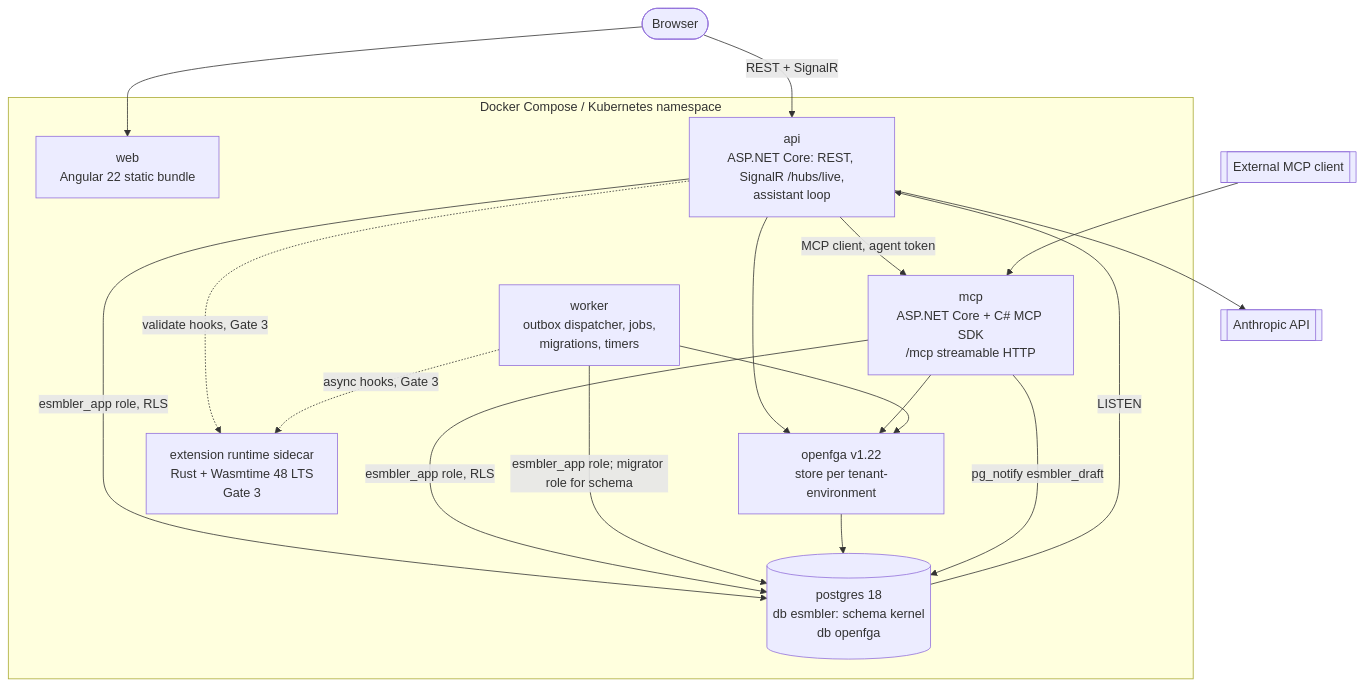
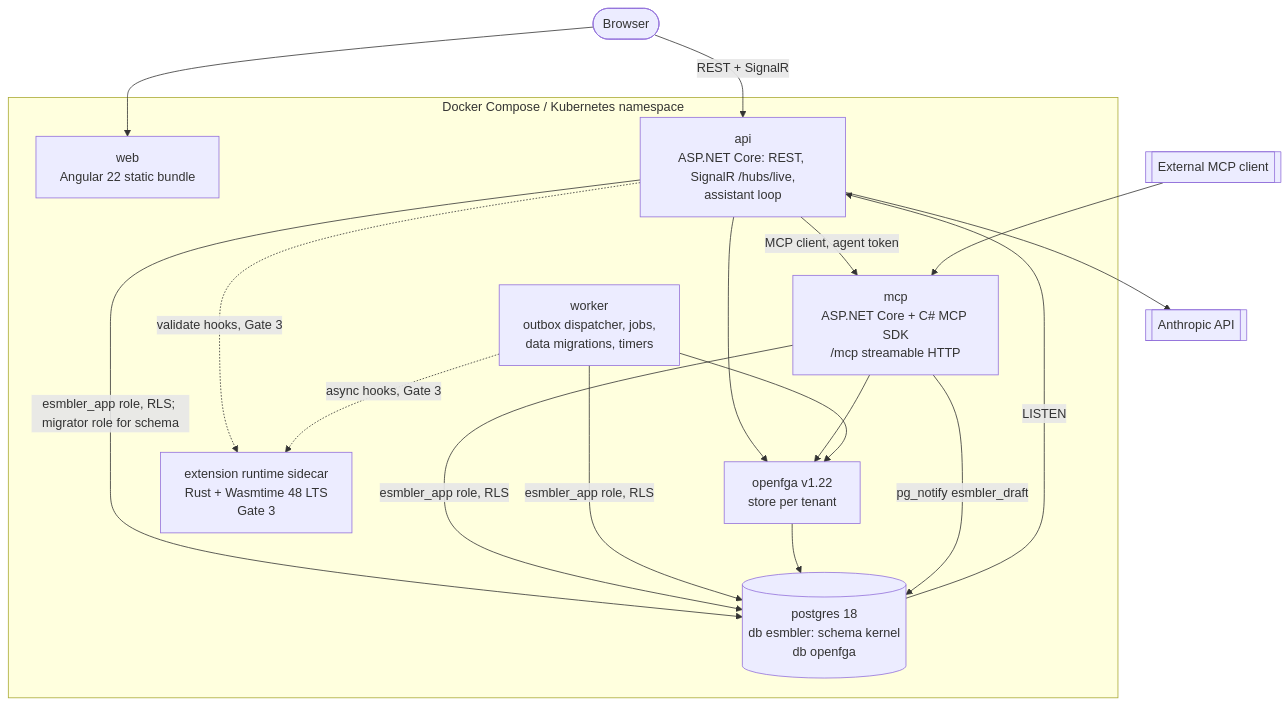
The second of 7 diagrams in docs/architecture/overview.md (DeadEndGG/esmbler), drawn with Mermaid before and after one commit. The commit also changed other lines of this file and 104 other files, not shown here.

````diff
--- a/docs/architecture/overview.md
+++ b/docs/architecture/overview.md
@@ -70,32 +74,32 @@
 ```mermaid
 flowchart TB
     browser([Browser])
     subgraph compose[Docker Compose / Kubernetes namespace]
         web[web<br/>Angular 22 static bundle]
         api[api<br/>ASP.NET Core: REST, SignalR /hubs/live,<br/>assistant loop]
         mcp[mcp<br/>ASP.NET Core + C# MCP SDK<br/>/mcp streamable HTTP]
-        worker[worker<br/>outbox dispatcher, jobs,<br/>migrations, timers]
+        worker[worker<br/>outbox dispatcher, jobs,<br/>data migrations, timers]
         pg[(postgres 18<br/>db esmbler: schema kernel<br/>db openfga)]
-        fga[openfga v1.22<br/>store per tenant-environment]
+        fga[openfga v1.22<br/>store per tenant]
         ext[extension runtime sidecar<br/>Rust + Wasmtime 48 LTS<br/>Gate 3]
     end
     claude[[Anthropic API]]
     extclient[[External MCP client]]
 
     browser --> web
     browser -- REST + SignalR --> api
     api -- MCP client, agent token --> mcp
     api --> claude
     extclient --> mcp
-    api -- esmbler_app role, RLS --> pg
+    api -- esmbler_app role, RLS; migrator role for schema --> pg
     mcp -- esmbler_app role, RLS --> pg
-    worker -- esmbler_app role; migrator role for schema --> pg
+    worker -- esmbler_app role, RLS --> pg
     api --> fga
     mcp --> fga
     worker --> fga
     fga --> pg
     api -. validate hooks, Gate 3 .-> ext
     worker -. async hooks, Gate 3 .-> ext
     mcp -- pg_notify esmbler_draft --> pg
     pg -- LISTEN --> api
 ```
````
